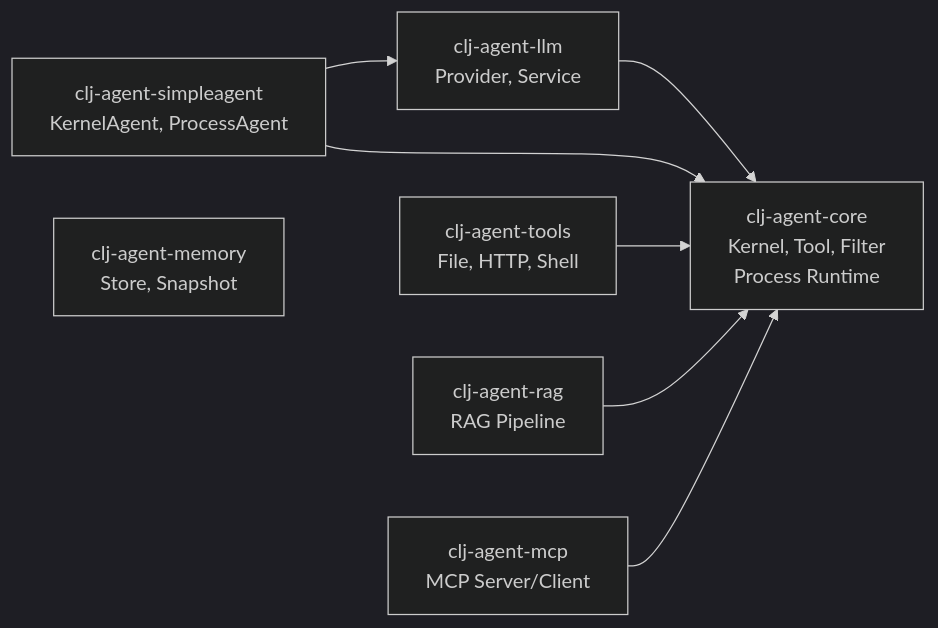
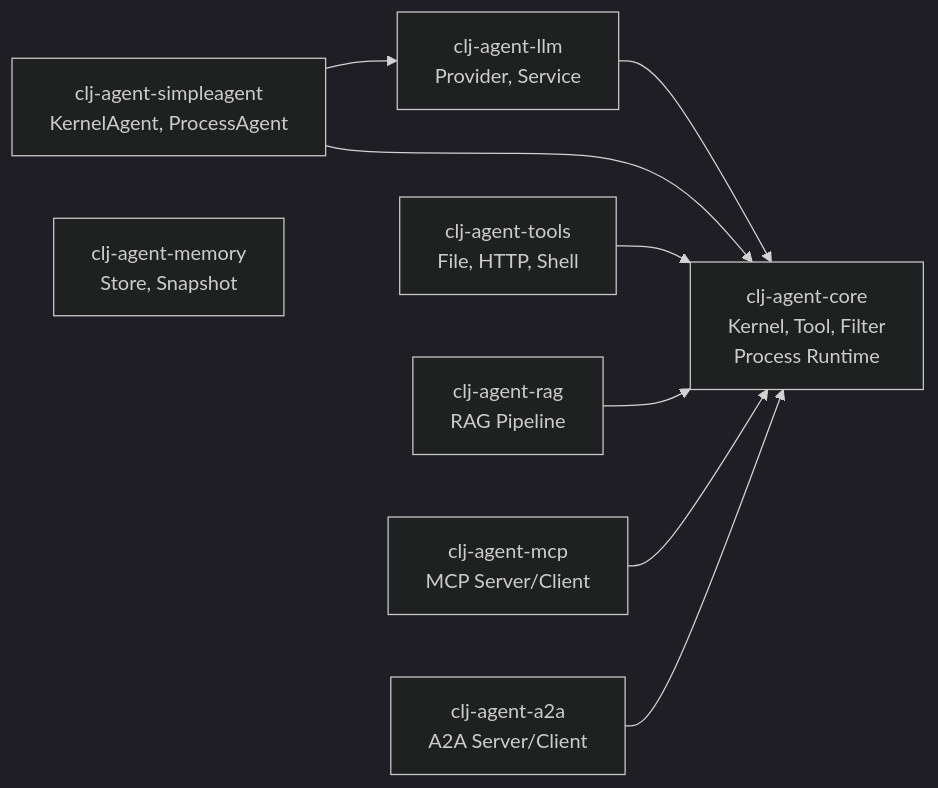
Before and after one commit to TTalkPro/clj-agent: the second of 2 diagrams in README_EN.md, drawn with Mermaid (dark theme). The commit also changed 1 other file, not shown here.

Commit message:
更新文档

````diff
--- a/README_EN.md
+++ b/README_EN.md
@@ -86,17 +86,19 @@
 ```mermaid
 graph LR
     core[clj-agent-core<br/>Kernel, Tool, Filter<br/>Process Runtime]
     llm[clj-agent-llm<br/>Provider, Service]
     sa[clj-agent-simpleagent<br/>KernelAgent, ProcessAgent]
-    plugin[clj-agent-tools<br/>File, HTTP, Shell]
+    tools[clj-agent-tools<br/>File, HTTP, Shell]
     rag[clj-agent-rag<br/>RAG Pipeline]
     memory[clj-agent-memory<br/>Store, Snapshot]
     mcp[clj-agent-mcp<br/>MCP Server/Client]
+    a2a[clj-agent-a2a<br/>A2A Server/Client]
 
     llm --> core
     sa --> core
     sa --> llm
-    plugin --> core
+    tools --> core
     rag --> core
     mcp --> core
+    a2a --> core
 ```
````
